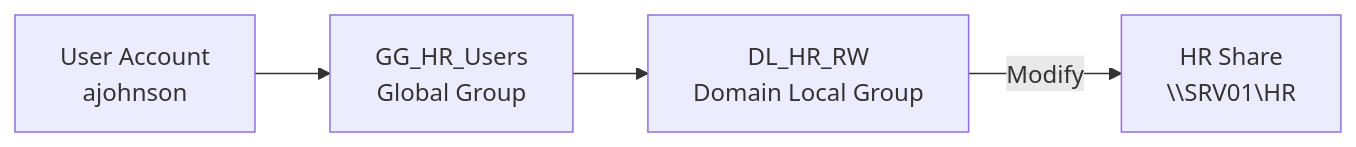
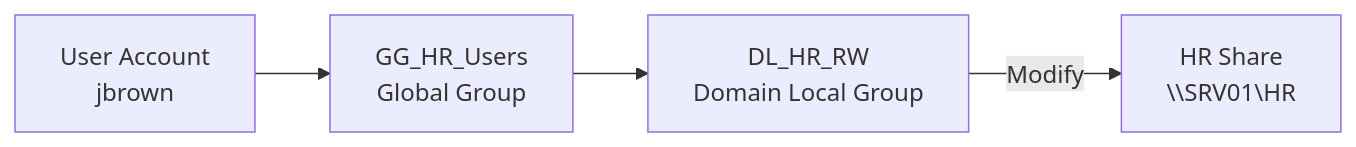
The second of 2 diagrams in docs/active-directory.md (seyisalami/active-directory-enterprise-lab), drawn with Mermaid before and after one commit. The commit also changed other lines of this file and 8 other files, not shown here.

````diff
--- a/docs/active-directory.md
+++ b/docs/active-directory.md
@@ -42,11 +42,11 @@
 ```mermaid
 flowchart LR
-    User[User Account<br>ajohnson]
+    User[User Account<br>jbrown]
     GG[GG_HR_Users<br>Global Group]
     DL[DL_HR_RW<br>Domain Local Group]
     Resource[HR Share<br>\\SRV01\HR]
 
     User --> GG
     GG --> DL
     DL -->|Modify| Resource
 ```
````
